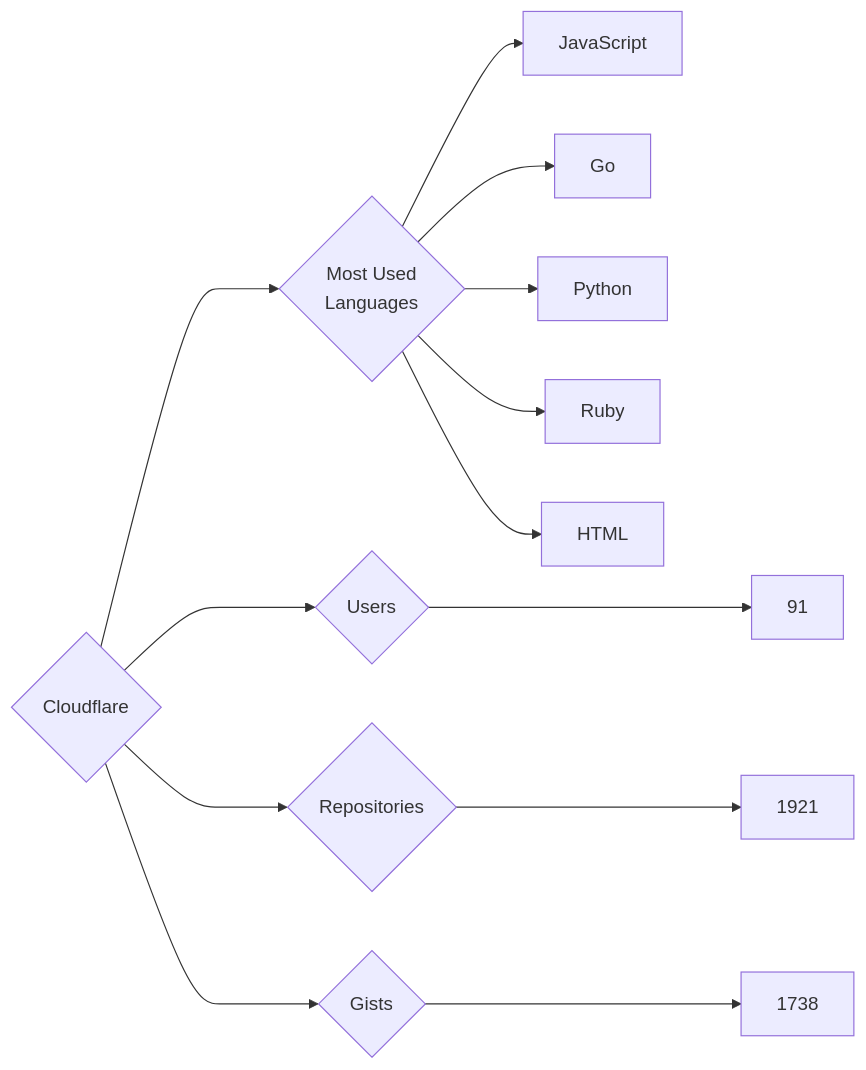
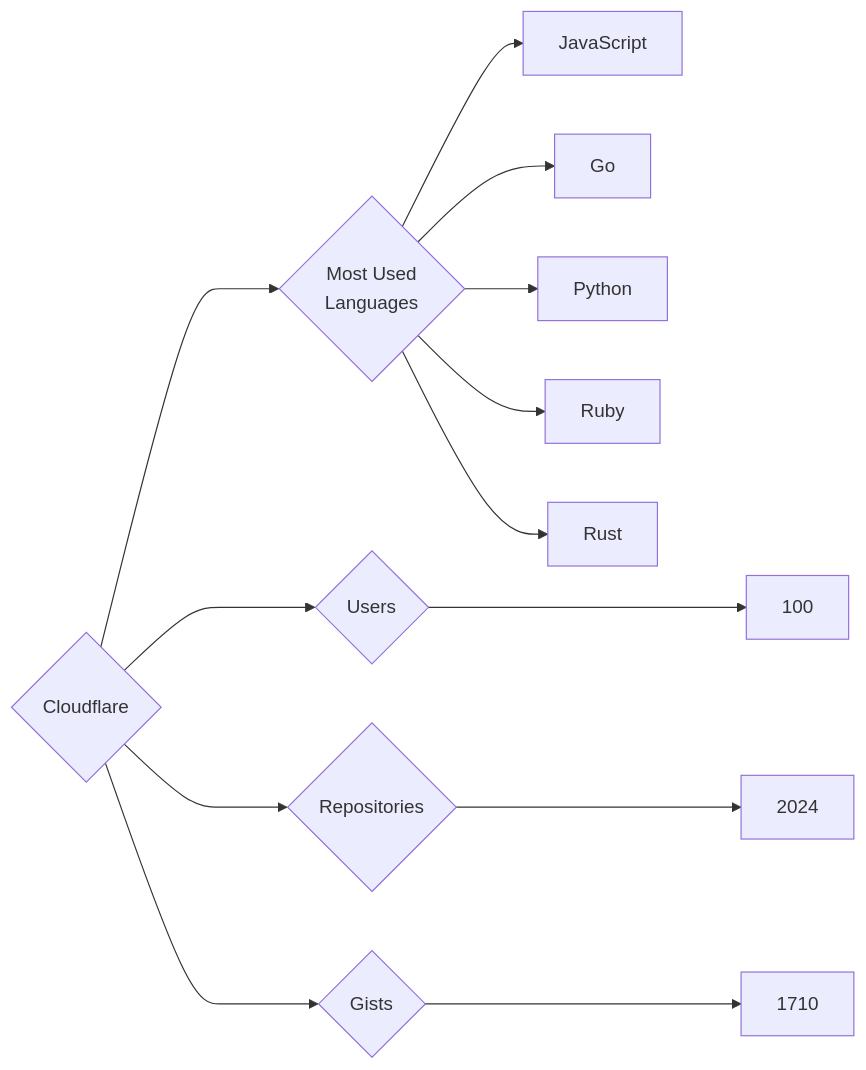
Before and after one commit to trickest/insiders: the diagram in targets/Cloudflare/README.md, drawn with Mermaid. The commit also changed 930 other files, not shown here.

````diff
--- a/targets/Cloudflare/README.md
+++ b/targets/Cloudflare/README.md
@@ -3,13 +3,13 @@
 ```mermaid
 graph LR
 COMPANY_NAME{Cloudflare}
-COMPANY_NAME ---> U{Users} ---> UN[91]
-COMPANY_NAME ---> R{Repositories} ---> RN[1921]
-COMPANY_NAME ---> G{Gists} ---> GN[1738]
+COMPANY_NAME ---> U{Users} ---> UN[100]
+COMPANY_NAME ---> R{Repositories} ---> RN[2024]
+COMPANY_NAME ---> G{Gists} ---> GN[1710]
 COMPANY_NAME ---> ML{Most Used<br>Languages}
 ML --> JavaScript[JavaScript]
 ML --> Go[Go]
 ML --> Python[Python]
 ML --> Ruby[Ruby]
-ML --> HTML[HTML]
+ML --> Rust[Rust]
 ```
````
